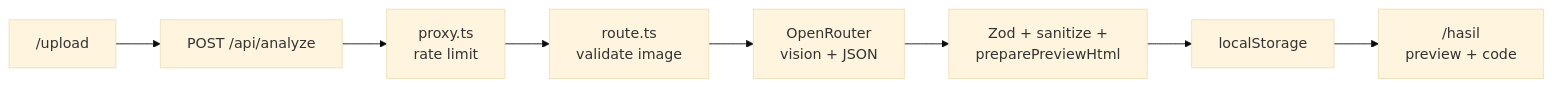
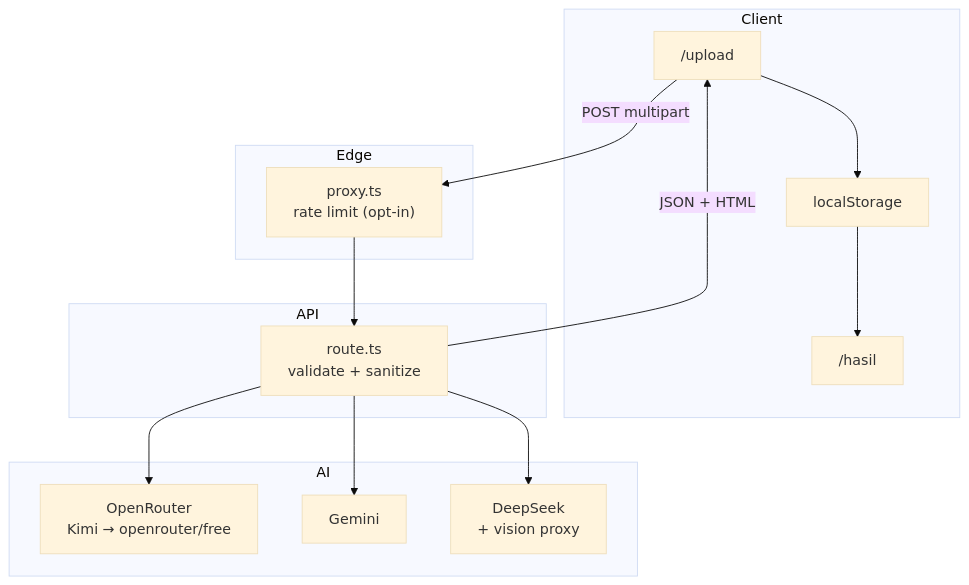
One commit to Rainzy21/AI-Uas-Project changed the diagram in README.md. Above: the diagram before and after it, drawn with Mermaid (base theme). The commit also changed other lines of this file and 22 other files, not shown here.

````diff
--- a/README.md
+++ b/README.md
@@ -239,10 +325,28 @@
 ```mermaid
-flowchart LR
-  A["/upload"] --> B["POST /api/analyze"]
-  B --> C["proxy.ts\nrate limit"]
-  C --> D["route.ts\nvalidate image"]
-  D --> E["OpenRouter\nvision + JSON"]
-  E --> F["Zod + sanitize +\npreparePreviewHtml"]
-  F --> G["localStorage"]
-  G --> H["/hasil\npreview + code"]
+flowchart TB
+  subgraph Client
+    U["/upload"] --> LS["localStorage"]
+    LS --> H["/hasil"]
+  end
+
+  subgraph Edge
+    P["proxy.ts\nrate limit (opt-in)"]
+  end
+
+  subgraph API
+    R["route.ts\nvalidate + sanitize"]
+  end
+
+  subgraph AI
+    OR["OpenRouter\nKimi → openrouter/free"]
+    GM["Gemini"]
+    DS["DeepSeek\n+ vision proxy"]
+  end
+
+  U -->|POST multipart| P
+  P --> R
+  R --> OR
+  R --> GM
+  R --> DS
+  R -->|JSON + HTML| U
 ```
````
